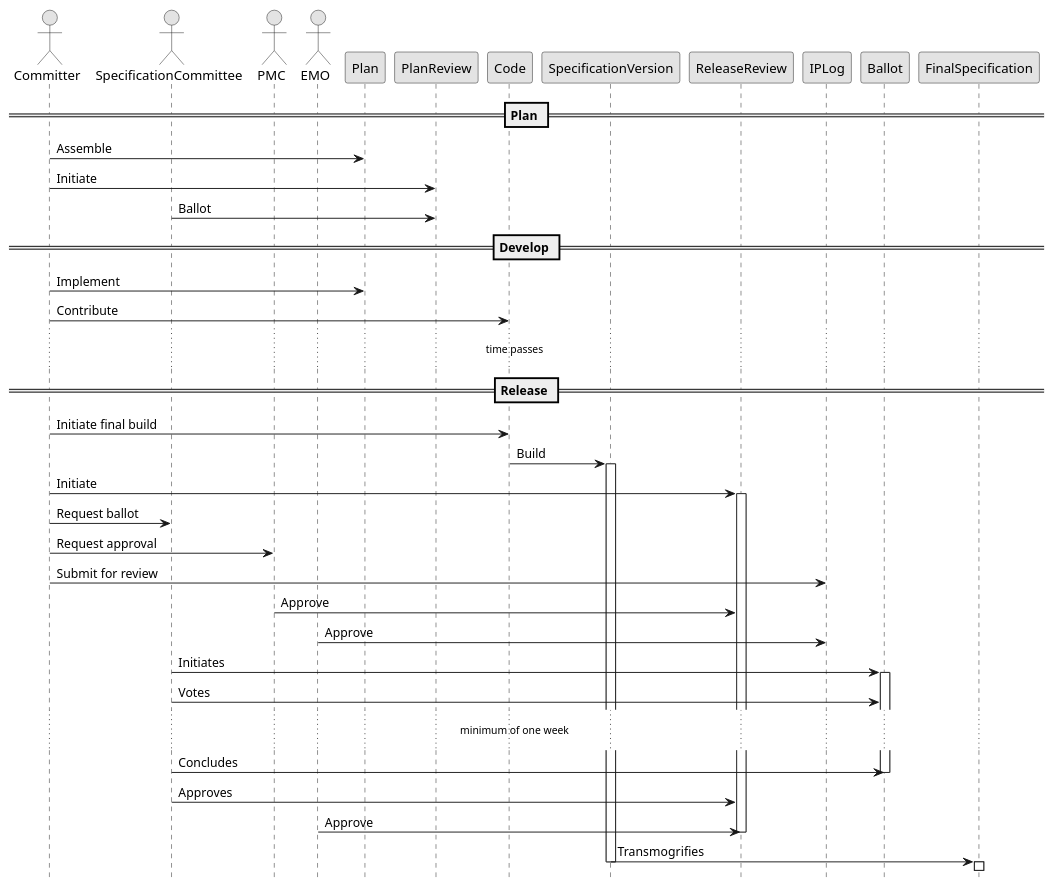
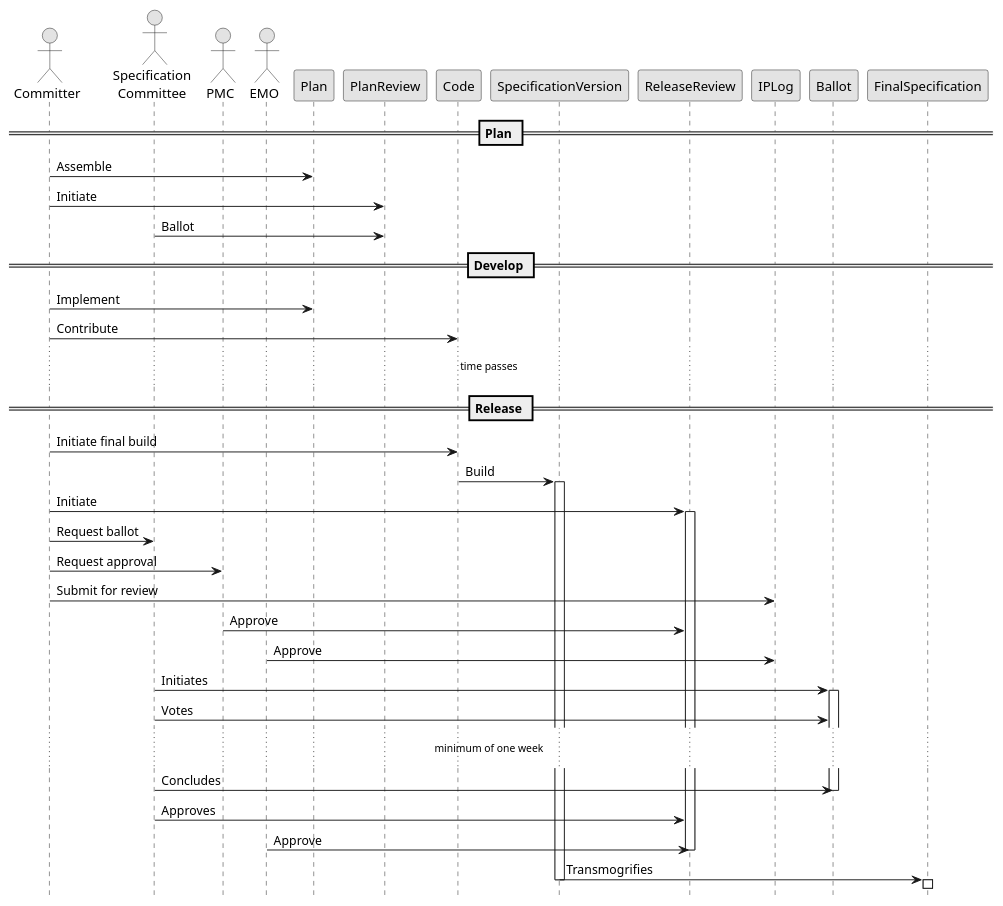
The fourth of 4 diagrams in source/operations.adoc (waynebeaton/EFSP), drawn with PlantUML before and after one commit. The commit also changed other lines of this file, not shown here.

Commit message:
Minor formatting tweaks.

```diff
--- a/source/operations.adoc
+++ b/source/operations.adoc
@@ -281,47 +279,47 @@
 [plantuml, overview_release, svg]
 ----
 @startuml
 skinparam monochrome true
 skinparam shadowing false
 hide footbox
 
 actor Committer
-actor SpecificationCommittee
+actor "Specification\nCommittee" as SpecificationCommittee
 actor PMC
 actor EMO
 
 == Plan ==
 Committer -> Plan : Assemble
 Committer -> PlanReview : Initiate
 SpecificationCommittee -> PlanReview : Ballot
 
 == Develop ==
 Committer -> Plan : Implement
 Committer -> Code : Contribute
 ...time passes...
 
 == Release ==
 Committer -> Code : Initiate final build
 Code -> SpecificationVersion: Build
 activate SpecificationVersion
 Committer -> ReleaseReview : Initiate
 activate ReleaseReview
 Committer -> SpecificationCommittee : Request ballot
 Committer -> PMC : Request approval
 Committer -> IPLog : Submit for review
 PMC -> ReleaseReview : Approve
 EMO -> IPLog : Approve
 SpecificationCommittee -> Ballot: Initiates
 activate Ballot
 SpecificationCommittee -> Ballot: Votes
 ...minimum of one week...
 SpecificationCommittee -> Ballot: Concludes
 deactivate Ballot
 SpecificationCommittee -> ReleaseReview : Approves
 EMO -> ReleaseReview : Approve
 deactivate ReleaseReview
 SpecificationVersion -> FinalSpecification : Transmogrifies
 deactivate SpecificationVersion
 activate FinalSpecification
 @enduml
 ----
```
